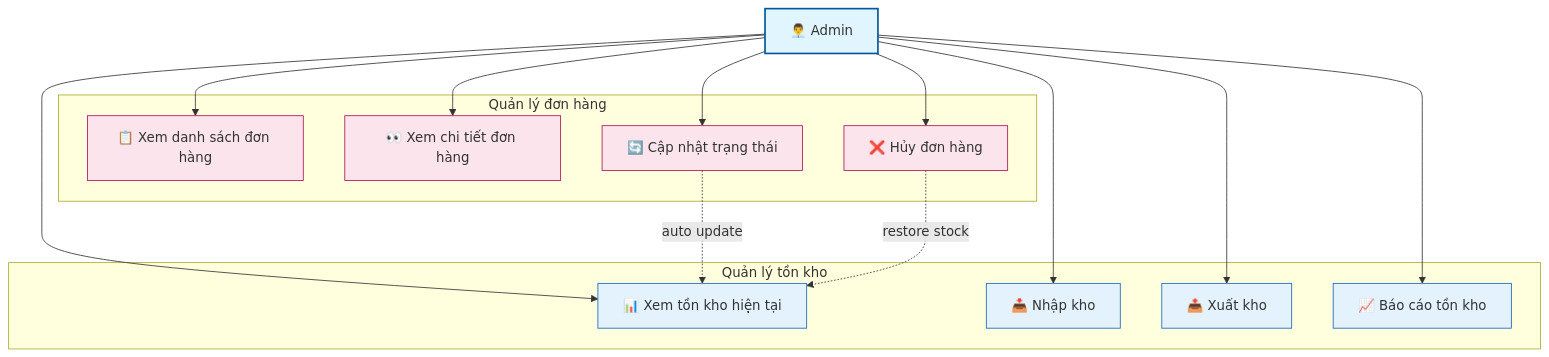
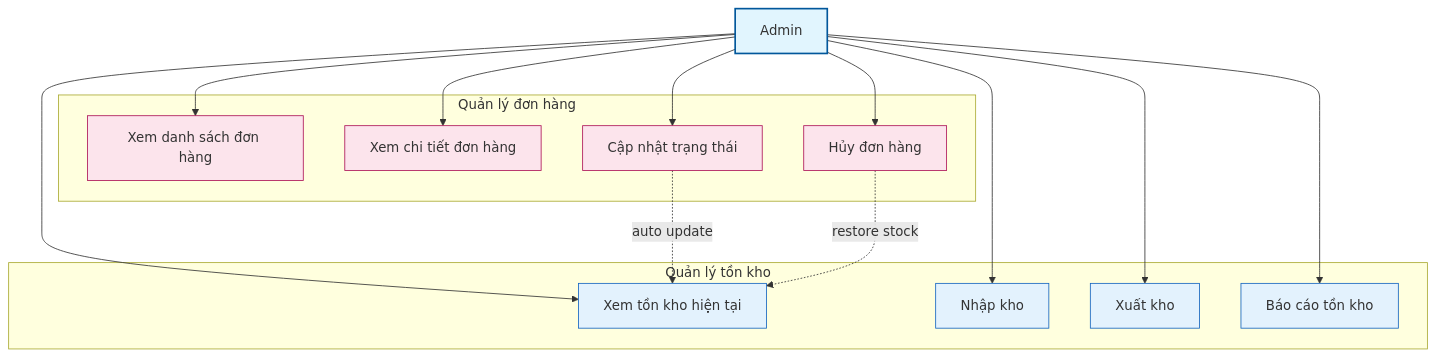
One commit to vinhhoang04cp/webshop changed the seventh of 15 diagrams in docs/COMPLETE_USE_CASES.md. Above: the diagram before and after it, drawn with Mermaid. The commit also changed other lines of this file, not shown here.

````diff
--- a/docs/COMPLETE_USE_CASES.md
+++ b/docs/COMPLETE_USE_CASES.md
@@ -591,39 +591,39 @@
 ```mermaid
 graph TB
-    Admin[👨‍💼 Admin]
+    Admin[Admin]
     
     subgraph "Quản lý tồn kho"
-        UC17A[📊 Xem tồn kho hiện tại]
-        UC17B[📥 Nhập kho]
-        UC17C[📤 Xuất kho]
-        UC17D[📈 Báo cáo tồn kho]
+        UC17A[Xem tồn kho hiện tại]
+        UC17B[Nhập kho]
+        UC17C[Xuất kho]
+        UC17D[Báo cáo tồn kho]
     end
     
     subgraph "Quản lý đơn hàng"
-        UC18A[📋 Xem danh sách đơn hàng]
-        UC18B[👀 Xem chi tiết đơn hàng]
-        UC18C[🔄 Cập nhật trạng thái]
-        UC18D[❌ Hủy đơn hàng]
+        UC18A[Xem danh sách đơn hàng]
+        UC18B[Xem chi tiết đơn hàng]
+        UC18C[Cập nhật trạng thái]
+        UC18D[Hủy đơn hàng]
     end
     
     Admin --> UC17A
     Admin --> UC17B
     Admin --> UC17C
     Admin --> UC17D
     Admin --> UC18A
     Admin --> UC18B
     Admin --> UC18C
     Admin --> UC18D
     
     %% Automatic stock updates
     UC18C -.->|auto update| UC17A
     UC18D -.->|restore stock| UC17A
     
     classDef actor fill:#e1f5fe,stroke:#01579b,stroke-width:2px
     classDef inventory fill:#e3f2fd,stroke:#1565c0,stroke-width:1px
     classDef order fill:#fce4ec,stroke:#ad1457,stroke-width:1px
     
     class Admin actor
     class UC17A,UC17B,UC17C,UC17D inventory
     class UC18A,UC18B,UC18C,UC18D order
 ```
````
